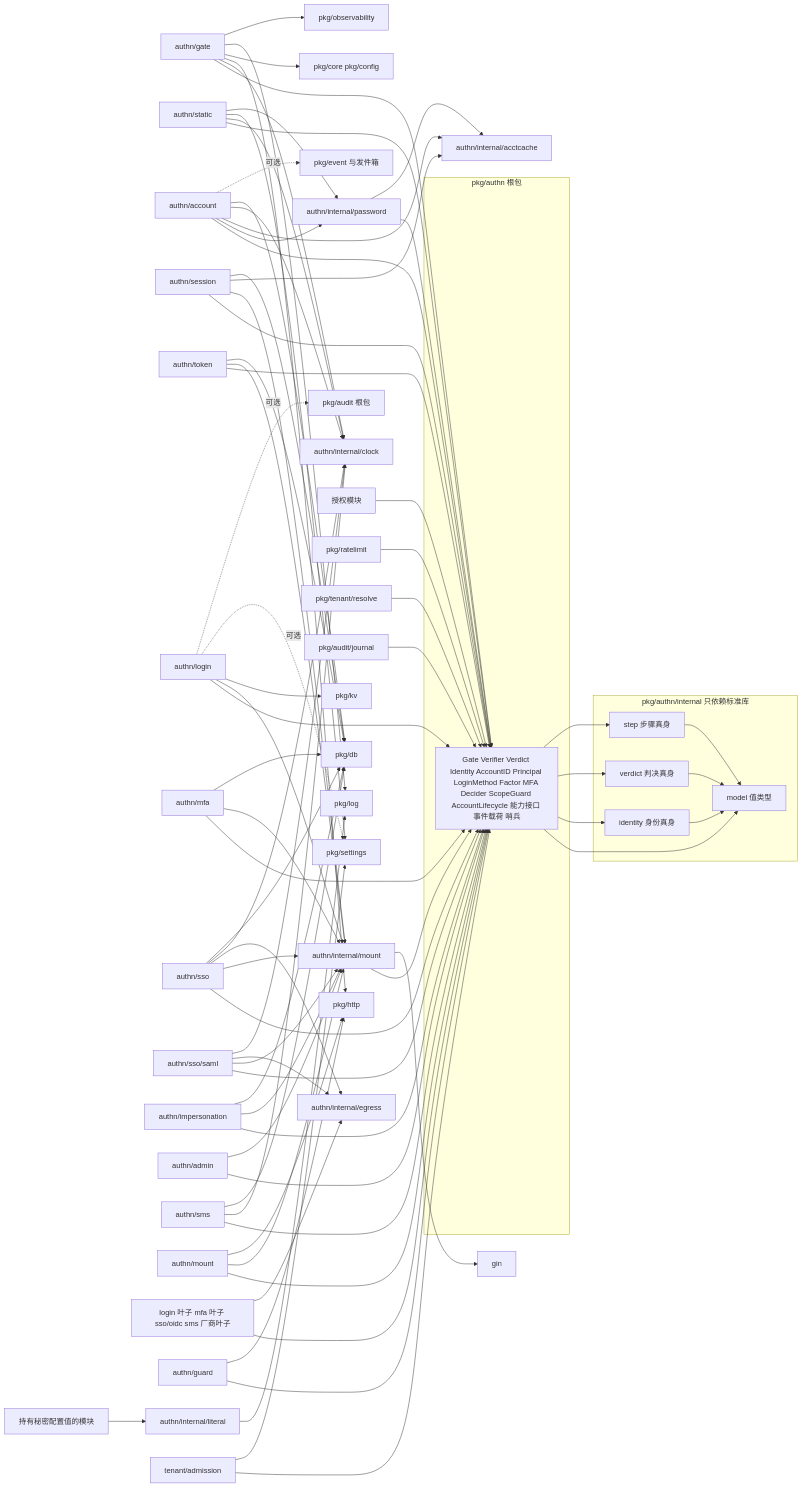
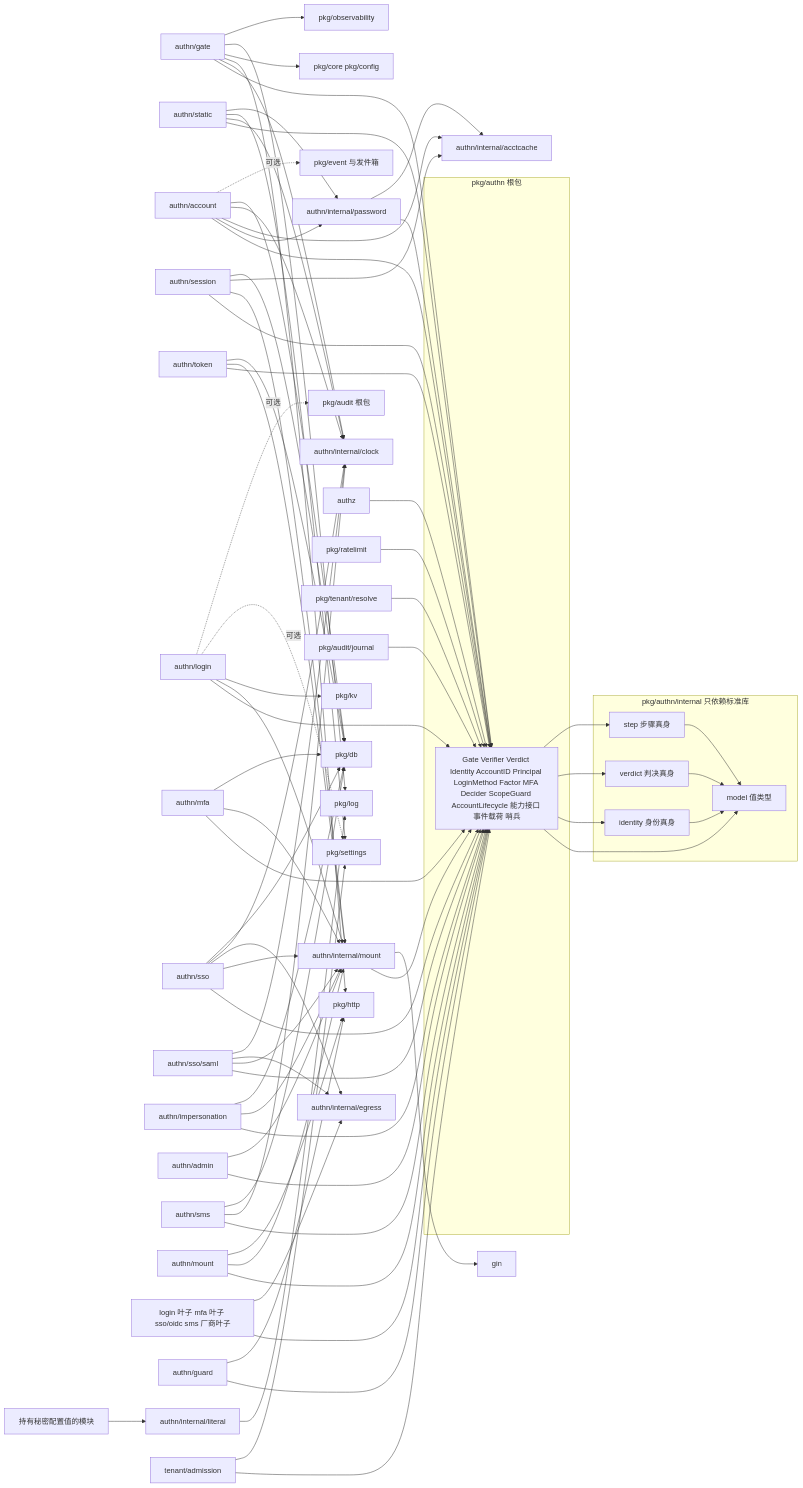
One commit to wangzw/speed changed the second of 3 diagrams in docs/design/modules/design-authn.md. Above: the diagram before and after it, drawn with Mermaid. The commit also changed other lines of this file and 27 other files, not shown here.

```diff
--- a/docs/design/modules/design-authn.md
+++ b/docs/design/modules/design-authn.md
@@ -482,7 +481,7 @@
     account -.可选.-> event[pkg/event 与发件箱]
     admission[tenant/admission] --> R
     admission --> settings
-    authz[授权模块] --> R
+    authz[authz] --> R
     ratelimit[pkg/ratelimit] --> R
     tenantres[pkg/tenant/resolve] --> R
     auditj[pkg/audit/journal] --> R
```
